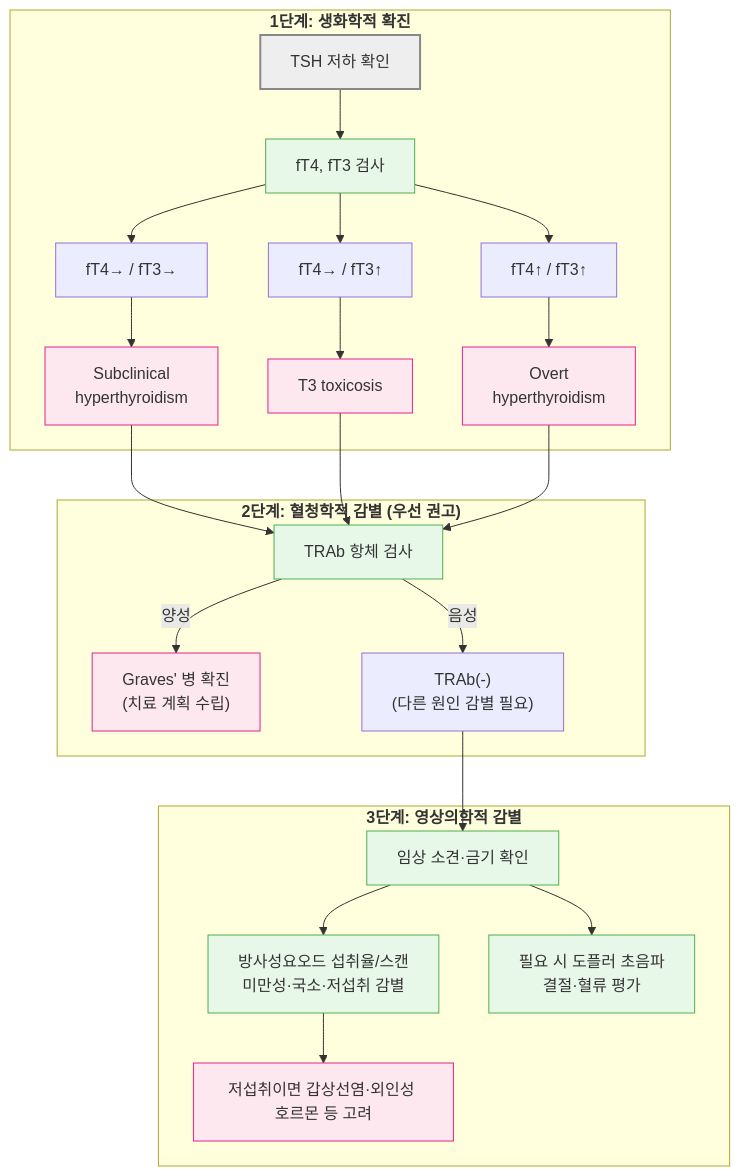
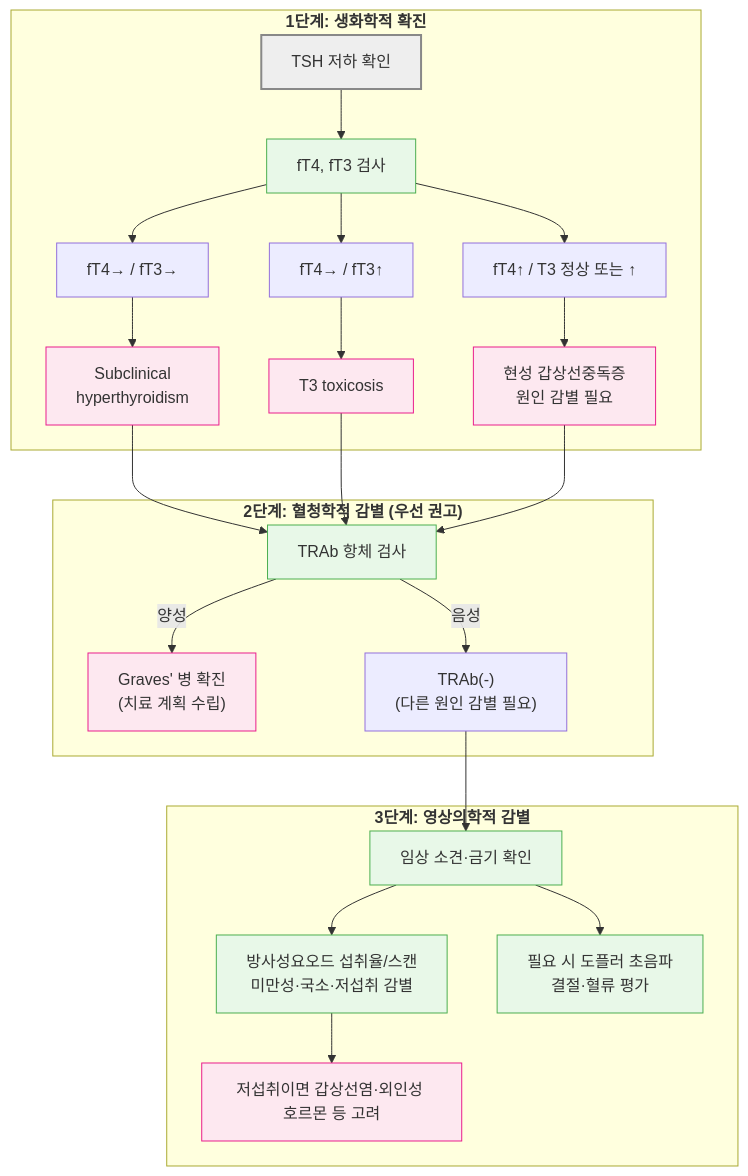
The first of 2 diagrams in 226_/106_-hyperthyroidism.md (familyoh77/familyoh77), drawn with Mermaid before and after one commit. The commit also changed other lines of this file and 8 other files, not shown here.

````diff
--- a/226_/106_-hyperthyroidism.md
+++ b/226_/106_-hyperthyroidism.md
@@ -128,38 +128,38 @@
 ```mermaid
 flowchart TD
     %% 1. Biochemistry
     subgraph Biochemistry ["<b>1단계: 생화학적 확진</b>"]
         TSH[TSH 저하 확인] --> Test["fT4, fT3 검사"]
         Test --> R1["fT4→ / fT3→"]
         Test --> R2["fT4→ / fT3↑"]
-        Test --> R3["fT4↑ / fT3↑"]
+        Test --> R3["fT4↑ / T3 정상 또는 ↑"]
         R1 --> Subclinical[Subclinical<br/>hyperthyroidism]
         R2 --> T3_tox[T3 toxicosis]
-        R3 --> Overt[Overt<br/>hyperthyroidism]
+        R3 --> Overt["현성 갑상선중독증<br>원인 감별 필요"]
     end
     %% 2. Serology Connection
     Subclinical --> TRAb
     T3_tox --> TRAb
     Overt --> TRAb
     subgraph Serology ["<b>2단계: 혈청학적 감별 (우선 권고)</b>"]
         TRAb["TRAb 항체 검사"]
         Graves["Graves' 병 확진<br>(치료 계획 수립)"]
         Others["TRAb(-)<br>(다른 원인 감별 필요)"]
         TRAb -->|양성| Graves
         TRAb -->|음성| Others
     end
     %% 3. Thyroid Imaging Connection
     Others --> Etiology
     subgraph Thyroid_Imaging ["<b>3단계: 영상의학적 감별</b>"]
         Etiology["임상 소견·금기 확인"] --> Isotope["방사성요오드 섭취율/스캔<br>미만성·국소·저섭취 감별"]
         Etiology --> US["필요 시 도플러 초음파<br>결절·혈류 평가"]
         Isotope --> Destructive["저섭취이면 갑상선염·외인성 호르몬 등 고려"]
     end
     %% Style Definitions
 
 style TSH fill:#eeeeee,stroke:#888888,stroke-width:2px
 classDef pink fill:#fde8f0,stroke:#e91e8c
 class Subclinical,T3_tox,Overt,Graves,Destructive pink
 classDef lightGreen fill:#e8f8e8,stroke:#4caf50
 class Test,TRAb,Etiology,US,Isotope lightGreen
 ```
````
